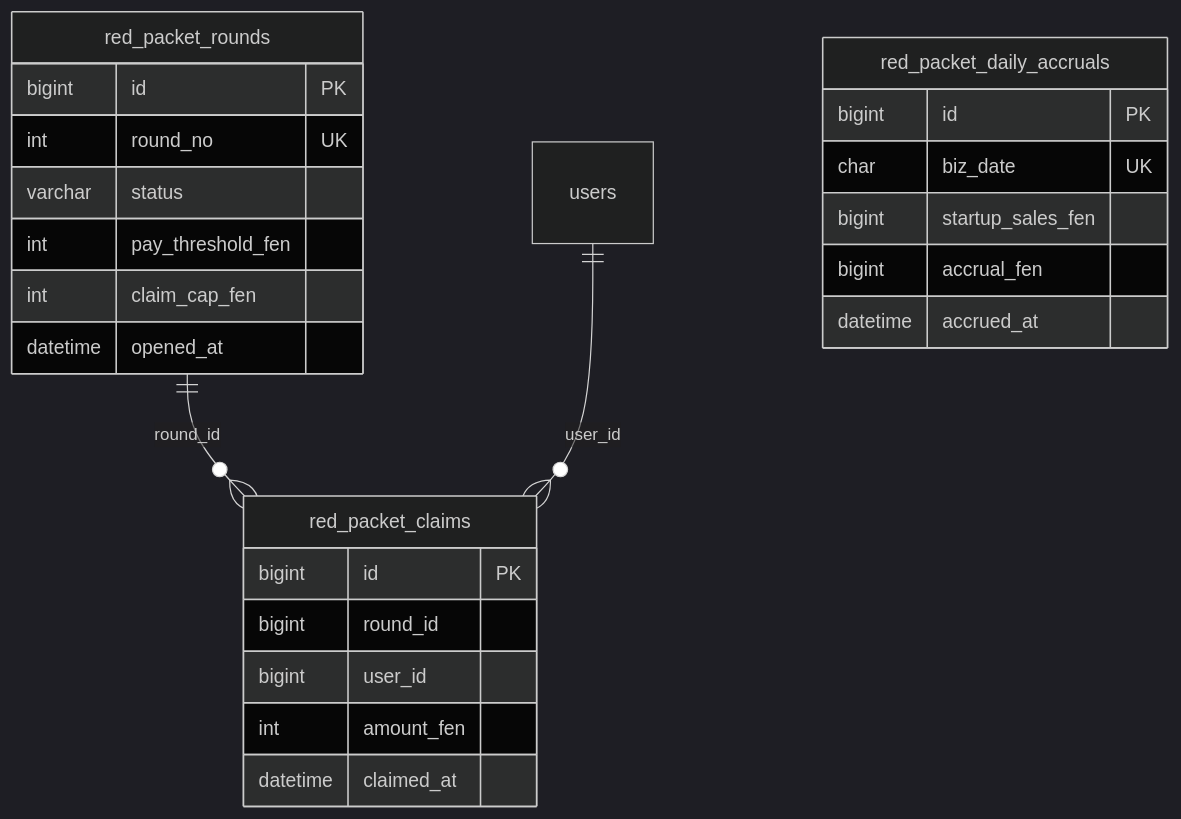
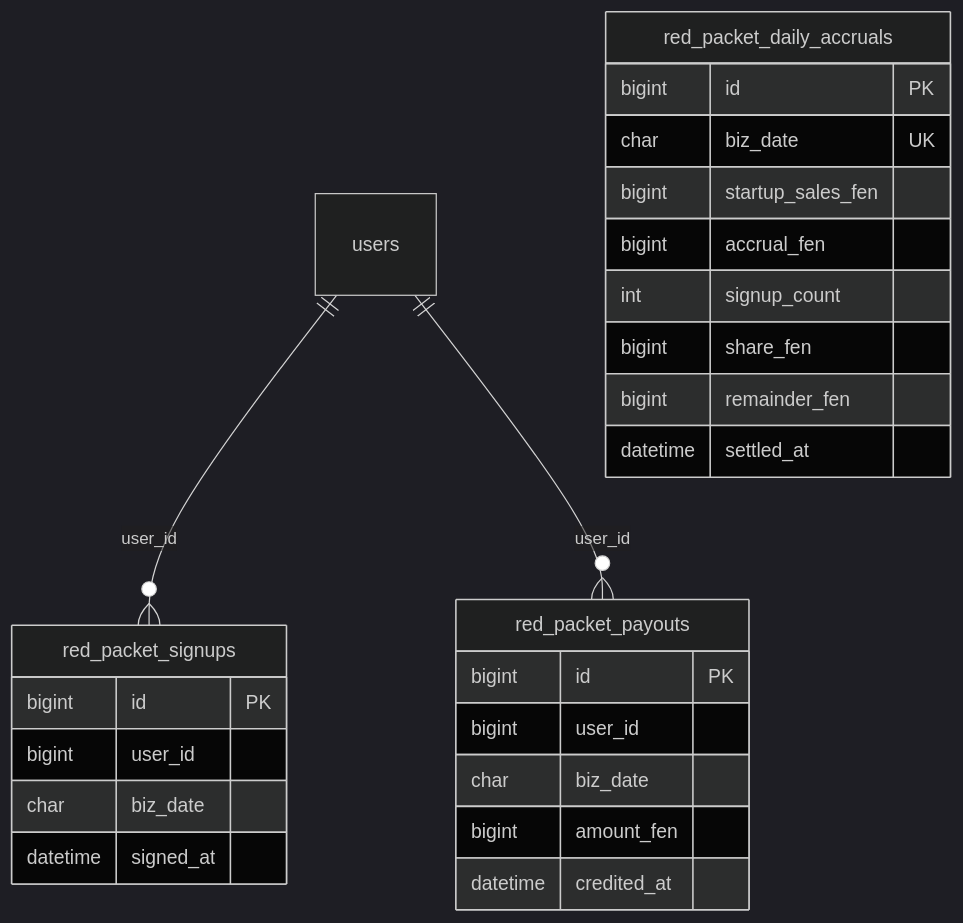
One commit to songyunhmiLY/aurel-mall-api changed the seventh of 7 diagrams in docs/er.md. Above: the diagram before and after it, drawn with Mermaid (dark theme). The commit also changed other lines of this file and 22 other files, not shown here.

````diff
--- a/docs/er.md
+++ b/docs/er.md
@@ -313,28 +317,29 @@
 ```mermaid
 erDiagram
-  red_packet_rounds ||--o{ red_packet_claims : "round_id"
-  users ||--o{ red_packet_claims : "user_id"
+  users ||--o{ red_packet_signups : "user_id"
+  users ||--o{ red_packet_payouts : "user_id"
 
+  red_packet_signups {
+    bigint id PK
+    bigint user_id
+    char biz_date
+    datetime signed_at
+  }
+  red_packet_payouts {
+    bigint id PK
+    bigint user_id
+    char biz_date
+    bigint amount_fen
+    datetime credited_at
+  }
   red_packet_daily_accruals {
     bigint id PK
     char biz_date UK
     bigint startup_sales_fen
     bigint accrual_fen
-    datetime accrued_at
-  }
-  red_packet_rounds {
-    bigint id PK
-    int round_no UK
-    varchar status
-    int pay_threshold_fen
-    int claim_cap_fen
-    datetime opened_at
-  }
-  red_packet_claims {
-    bigint id PK
-    bigint round_id
-    bigint user_id
-    int amount_fen
-    datetime claimed_at
+    int signup_count
+    bigint share_fen
+    bigint remainder_fen
+    datetime settled_at
   }
 ```
````
